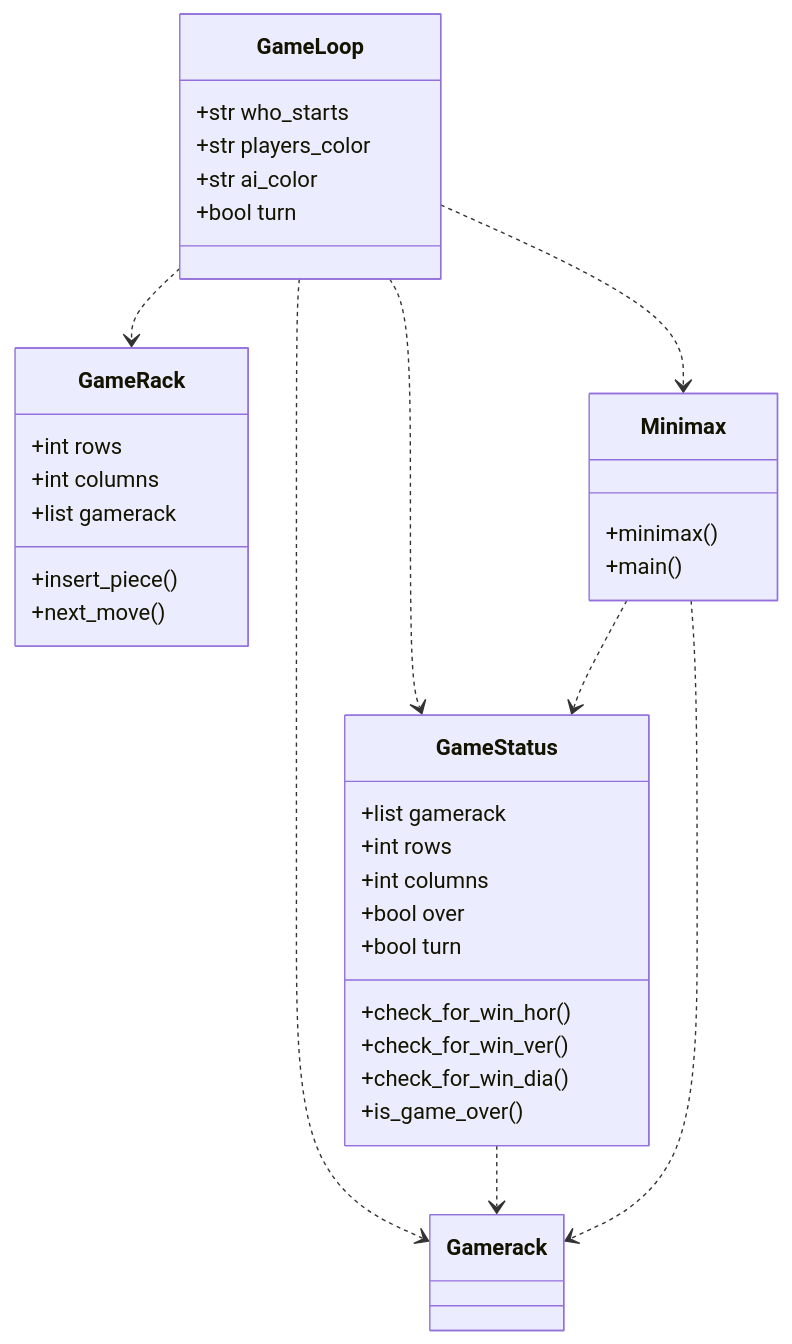
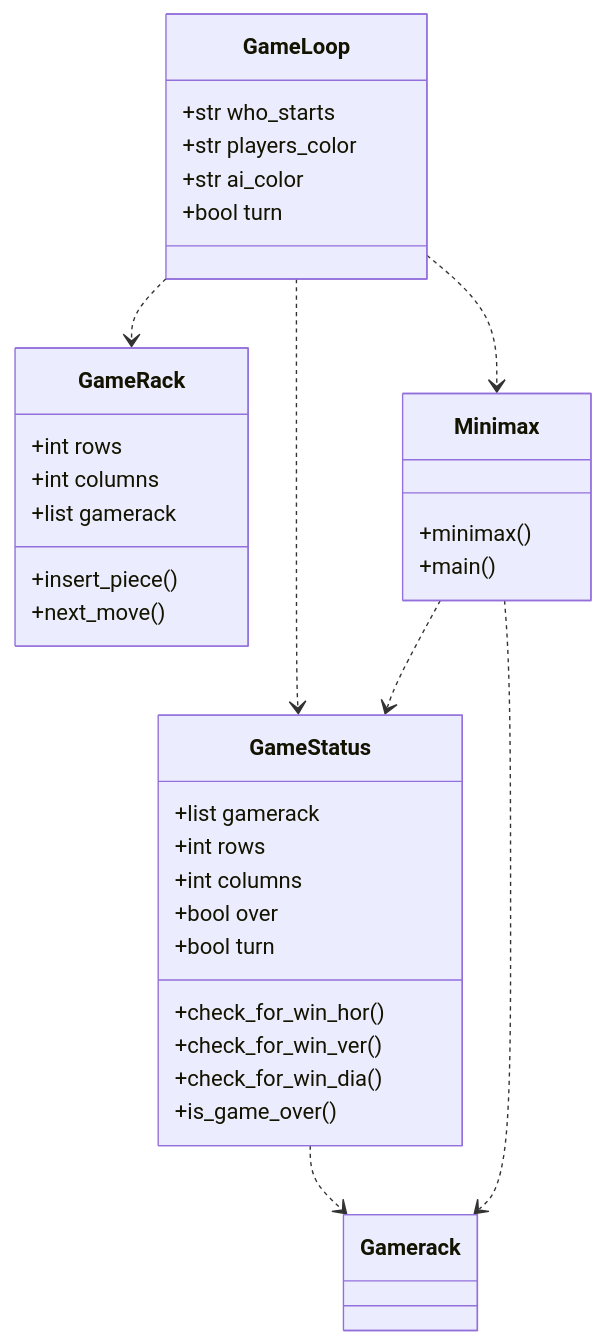
One commit to lottapispa/Connect-Four-tiralabra changed the diagram in documentation/implementation.md. Above: the diagram before and after it, drawn with Mermaid.

````diff
--- a/documentation/implementation.md
+++ b/documentation/implementation.md
@@ -4,38 +4,37 @@
 ```mermaid
 classDiagram
     GameLoop ..> GameStatus
     GameLoop ..> GameRack
     GameLoop ..> Minimax
-    GameLoop ..> Gamerack
     GameStatus ..> Gamerack
     Minimax ..> GameStatus
     Minimax ..> Gamerack
     class GameLoop{
         +str who_starts
         +str players_color
         +str ai_color
         +bool turn
     }
     class GameStatus{
         +list gamerack
         +int rows
         +int columns
         +bool over
         +bool turn
         +check_for_win_hor()
         +check_for_win_ver()
         +check_for_win_dia()
         +is_game_over()
     }
     class GameRack{
         +int rows
         +int columns
         +list gamerack
         +insert_piece()
         +next_move()
     }
     class Minimax{
         +minimax()
         +main()
     }
 ```
````
